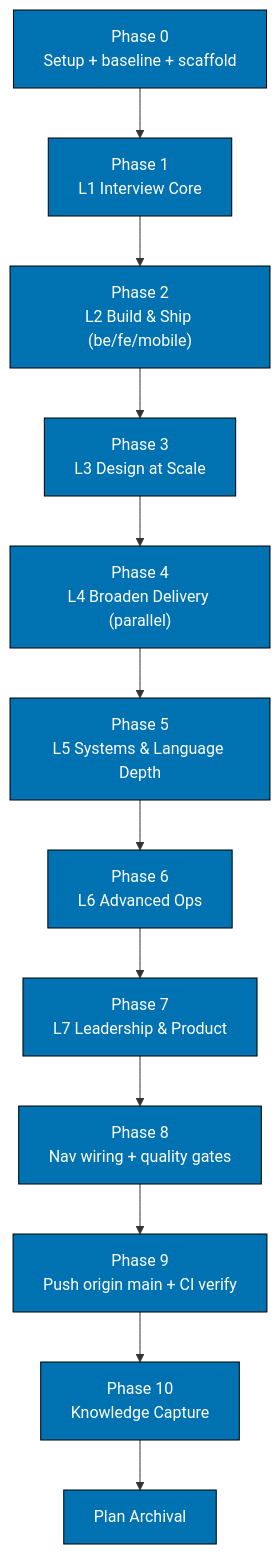
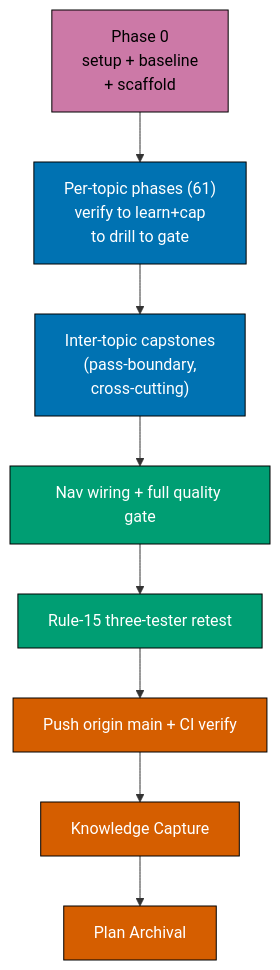
The third of 3 diagrams in plans/in-progress/the-well-grounded-software-engineer/tech-docs.md (wahidyankf/baseerah), drawn with Mermaid before and after one commit. The commit also changed other lines of this file and 70 other files, not shown here.

````diff
--- a/plans/in-progress/the-well-grounded-software-engineer/tech-docs.md
+++ b/plans/in-progress/the-well-grounded-software-engineer/tech-docs.md
@@ -241,17 +366,19 @@
 ```mermaid
 flowchart TD
-    P0["Phase 0<br/>Setup + baseline + scaffold"] --> P1["Phase 1<br/>L1 Interview Core"]
-    P1 --> P2["Phase 2<br/>L2 Build & Ship (be/fe/mobile)"]
-    P2 --> P3["Phase 3<br/>L3 Design at Scale"]
-    P3 --> P4["Phase 4<br/>L4 Broaden Delivery (parallel)"]
-    P4 --> P5["Phase 5<br/>L5 Systems & Language Depth"]
-    P5 --> P6["Phase 6<br/>L6 Advanced Ops"]
-    P6 --> P7["Phase 7<br/>L7 Leadership & Product"]
-    P7 --> P8["Phase 8<br/>Nav wiring + quality gates"]
-    P8 --> P9["Phase 9<br/>Push origin main + CI verify"]
-    P9 --> P10["Phase 10<br/>Knowledge Capture"]
-    P10 --> P11["Plan Archival"]
+    P0["Phase 0<br/>setup + baseline<br/>+ scaffold"] --> PT["Per-topic phases (61)<br/>verify to learn+cap<br/>to drill to gate"]
+    PT --> PC["Inter-topic capstones<br/>(pass-boundary,<br/>cross-cutting)"]
+    PC --> PN["Nav wiring + full quality gate"]
+    PN --> PR["Rule-15 three-tester retest"]
+    PR --> PP["Push origin main + CI verify"]
+    PP --> PK["Knowledge Capture"]
+    PK --> PA["Plan Archival"]
 
-    classDef phase fill:#0072B2,stroke:#000,color:#fff
-    class P0,P1,P2,P3,P4,P5,P6,P7,P8,P9,P10,P11 phase
+    classDef setup fill:#CC79A7,stroke:#000,color:#000
+    classDef topic fill:#0072B2,stroke:#000,color:#fff
+    classDef cap fill:#009E73,stroke:#000,color:#fff
+    classDef final fill:#D55E00,stroke:#000,color:#fff
+    class P0 setup
+    class PT,PC topic
+    class PN,PR cap
+    class PP,PK,PA final
 ```
````
